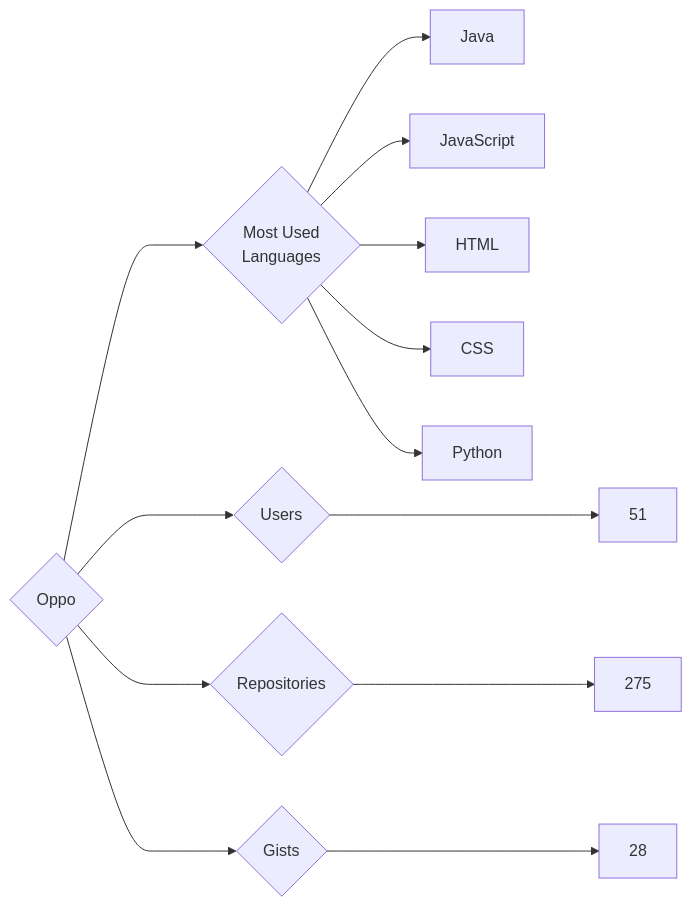
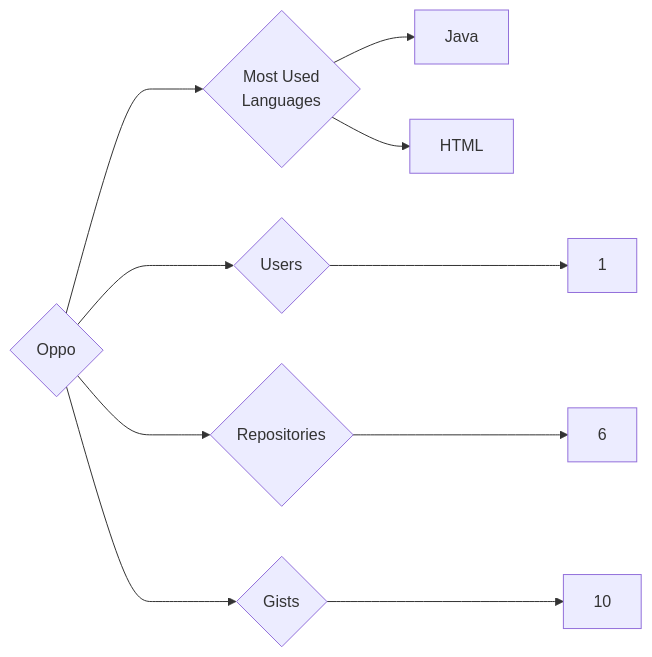
The diagram in targets/Oppo/README.md (trickest/insiders), drawn with Mermaid before and after one commit. The commit also changed 903 other files, not shown here.

````diff
--- a/targets/Oppo/README.md
+++ b/targets/Oppo/README.md
@@ -3,13 +3,10 @@
 ```mermaid
 graph LR
 COMPANY_NAME{Oppo}
-COMPANY_NAME ---> U{Users} ---> UN[51]
-COMPANY_NAME ---> R{Repositories} ---> RN[275]
-COMPANY_NAME ---> G{Gists} ---> GN[28]
+COMPANY_NAME ---> U{Users} ---> UN[1]
+COMPANY_NAME ---> R{Repositories} ---> RN[6]
+COMPANY_NAME ---> G{Gists} ---> GN[10]
 COMPANY_NAME ---> ML{Most Used<br>Languages}
 ML --> Java[Java]
-ML --> JavaScript[JavaScript]
 ML --> HTML[HTML]
-ML --> CSS[CSS]
-ML --> Python[Python]
 ```
````
